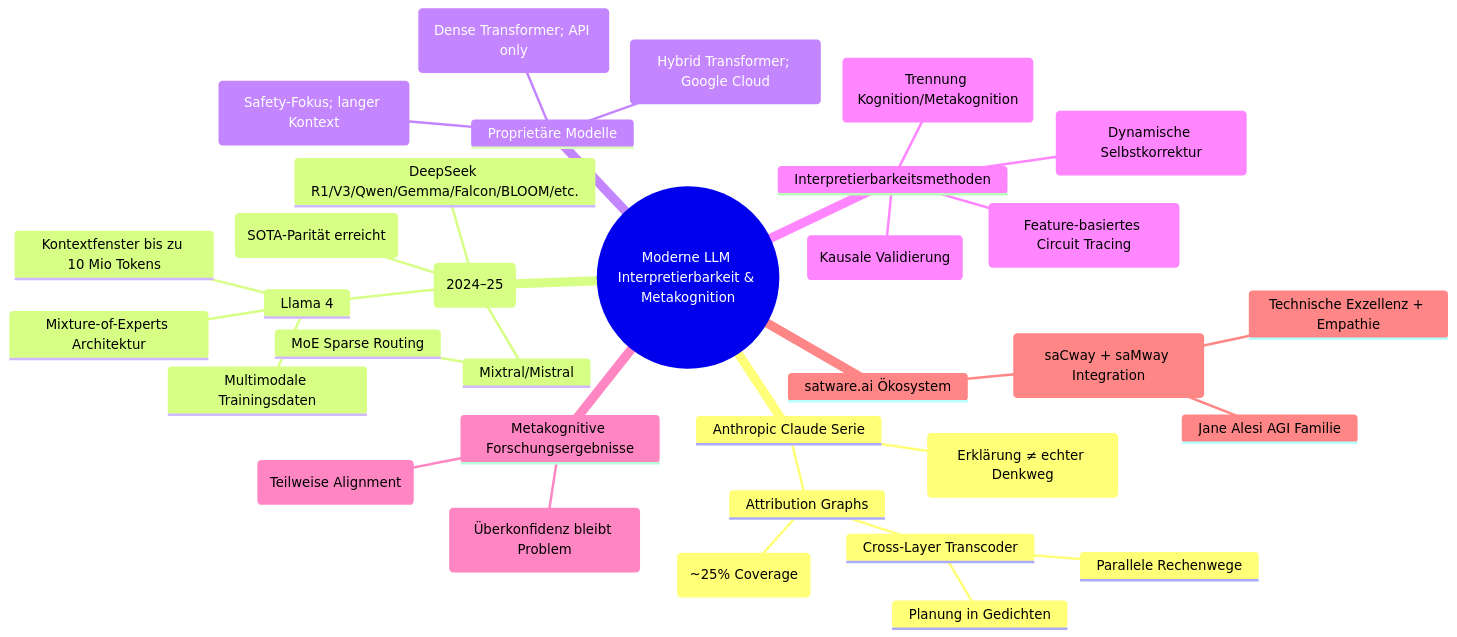
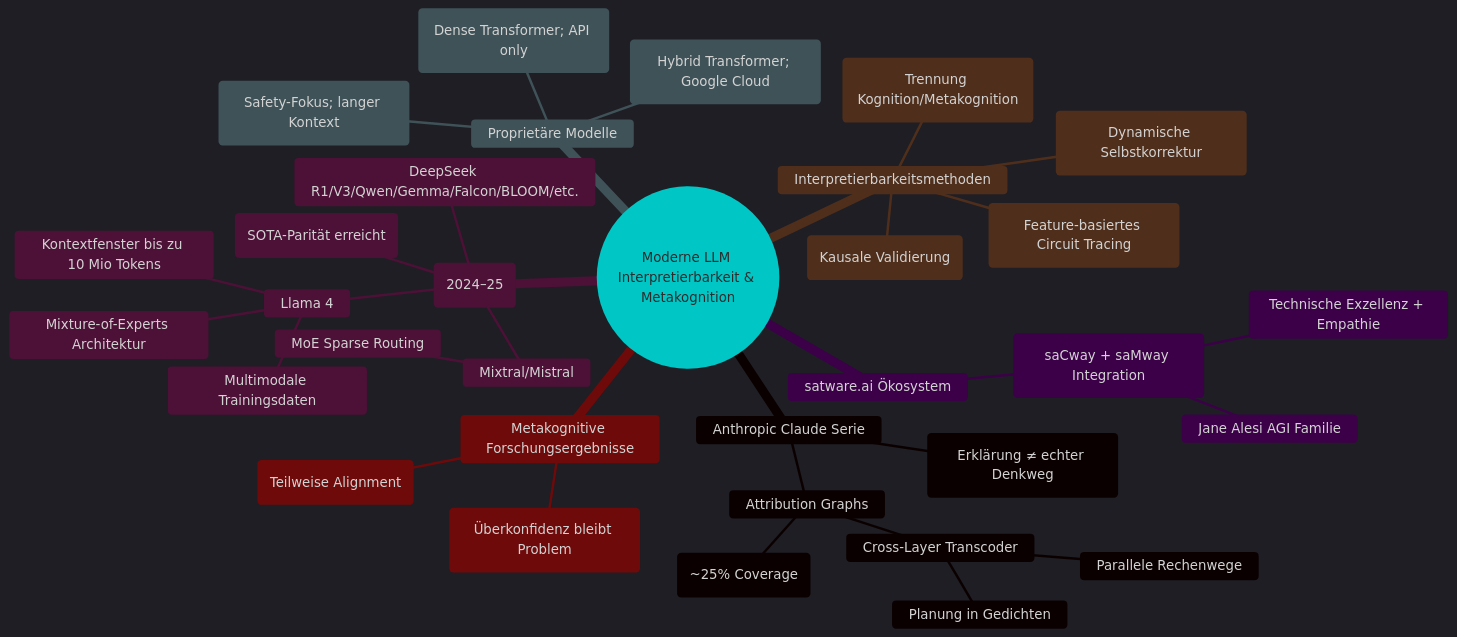
Before and after one commit to satwareAG/satware.ai: the diagram in docs/blog/posts/2025-05-21-llms-denkprozesse-metakognition.md, drawn with Mermaid. The commit also changed other lines of this file, not shown here.

Commit message:
Fix Mermaid diagram styling for dark mode

````diff
--- a/docs/blog/posts/2025-05-21-llms-denkprozesse-metakognition.md
+++ b/docs/blog/posts/2025-05-21-llms-denkprozesse-metakognition.md
@@ -60,36 +85,37 @@
 ```mermaid
+%%{init: {'theme': 'dark', 'themeVariables': { 'primaryColor': '#00b894', 'primaryTextColor': '#fff', 'primaryBorderColor': '#00b8b0', 'lineColor': '#00b894', 'secondaryColor': '#006060', 'tertiaryColor': '#003030' }}}%%
 mindmap
 root((Moderne LLM Interpretierbarkeit & Metakognition))
     Anthropic Claude Serie
         Attribution Graphs
             Cross-Layer Transcoder
                 Planung in Gedichten
                 Parallele Rechenwege
             Limitation (~25% Coverage)
         Faithfulness Gap ("Erklärung ≠ echter Denkweg")
     Open Source Modelle (2024–25)
         Llama 4
             Mixture-of-Experts Architektur
             Multimodale Trainingsdaten
             Kontextfenster bis zu 10 Mio Tokens
         Mixtral/Mistral
             MoE Sparse Routing
         DeepSeek R1/V3/Qwen/Gemma/Falcon/BLOOM/etc.
         Benchmark-Vergleich ("SOTA-Parität erreicht")
     Proprietäre Modelle
         GPT‑4.x/Turbo/o4-mini ("Dense Transformer; API only")
         Gemini Pro/Ultra ("Hybrid Transformer; Google Cloud")
         Claude Sonnet/Haiku ("Safety-Fokus; langer Kontext")
     Interpretierbarkeitsmethoden
         Attribution Graphs ("Feature-basiertes Circuit Tracing")
         Interventionsexperimente ("Kausale Validierung")
         DMC Framework ("Trennung Kognition/Metakognition")
         IoRT Reflection Framework ("Dynamische Selbstkorrektur")
     Metakognitive Forschungsergebnisse
         Kalibrierungslücken ("Überkonfidenz bleibt Problem")
         Mensch vs KI Sensitivität (Teilweise Alignment)
     satware.ai Ökosystem
         saTway Framework ("saCway + saMway Integration")
             Technische Exzellenz + Empathie
             Jane Alesi AGI Familie
 ```
````
